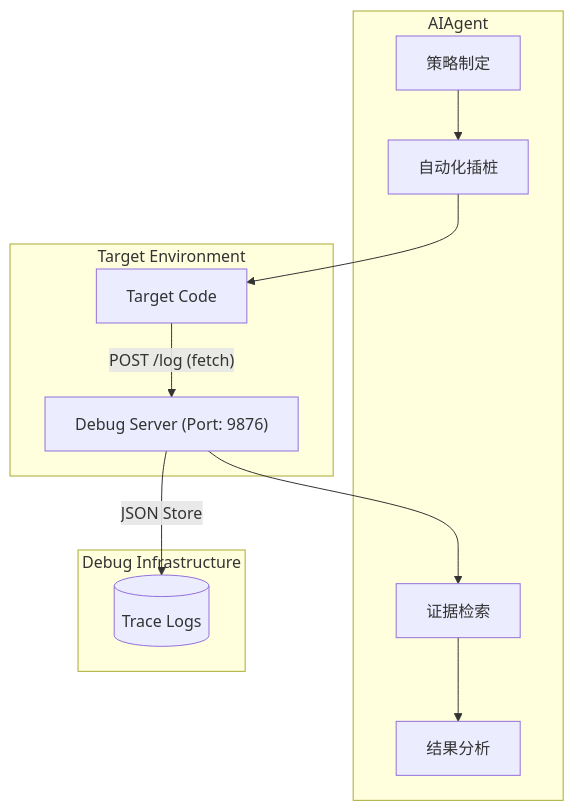
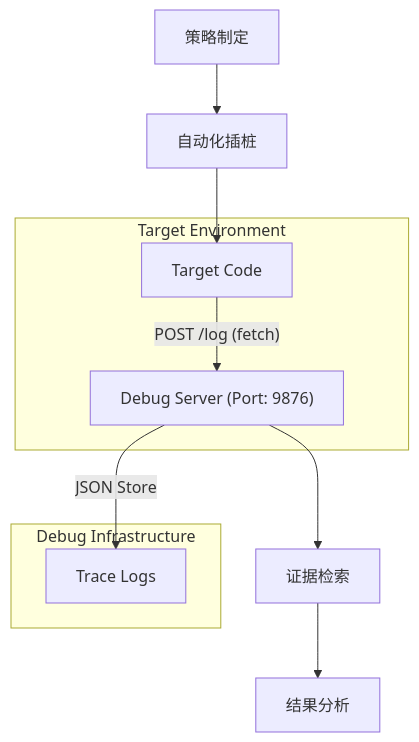
The first of 2 diagrams in README.md (MinLeeV5/automated-instrumented-debugging-skill), drawn with Mermaid before and after one commit. The commit also changed other lines of this file and 2 other files, not shown here.

````diff
--- a/README.md
+++ b/README.md
@@ -20,18 +53,16 @@
 ```mermaid
 graph TD
-    subgraph "AIAgent"
-        A1["策略制定"] --> A2["自动化插桩"]
-        A3["证据检索"] --> A4["结果分析"]
-    end
+    NodeA["策略制定"] --> NodeB["自动化插桩"]
+    NodeC["证据检索"] --> NodeD["结果分析"]
 
     subgraph "Target Environment"
-        T1["Target Code"] -- "POST /log (fetch)" --> S1
+        NodeE["Target Code"] -- "POST /log (fetch)" --> NodeF
     end
 
     subgraph "Debug Infrastructure"
-        S1["Debug Server (Port: 9876)"] -- "JSON Store" --> S2[("Trace Logs")]
+        NodeF["Debug Server (Port: 9876)"] -- "JSON Store" --> NodeG["Trace Logs"]
     end
 
-    A2 --> T1
-    S1 --> A3
+    NodeB --> NodeE
+    NodeF --> NodeC
 ```
````
